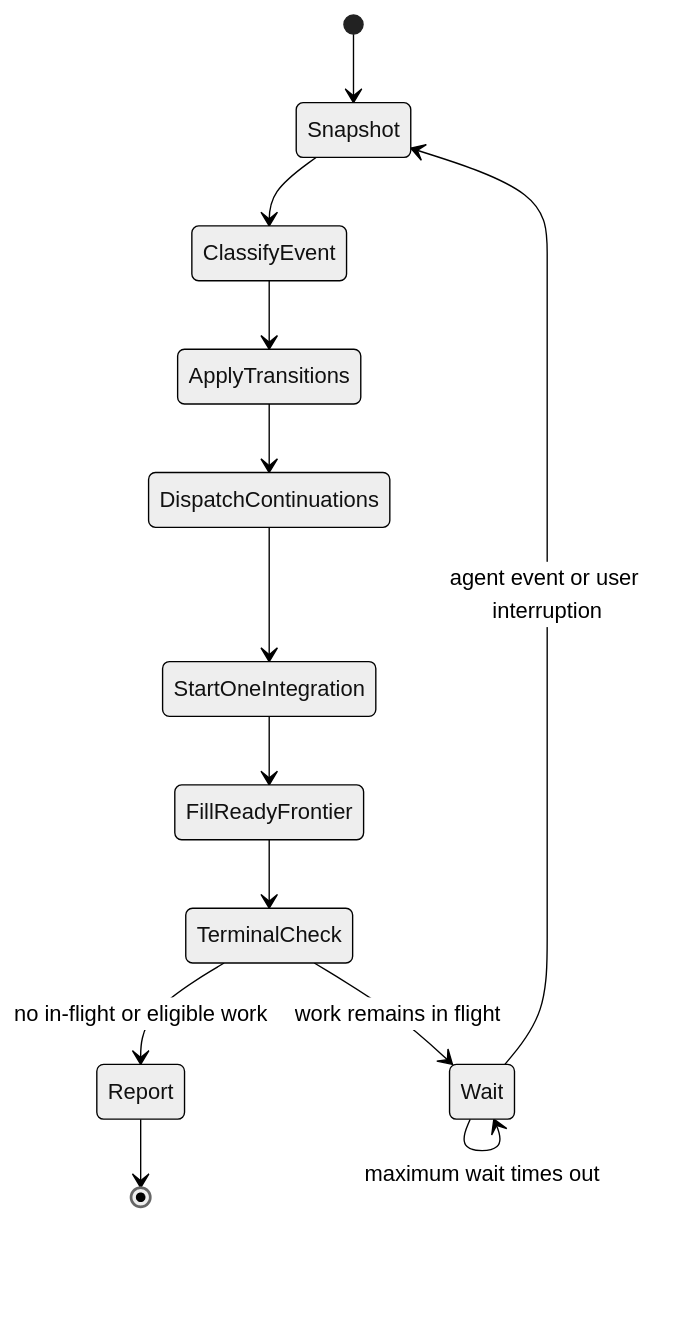
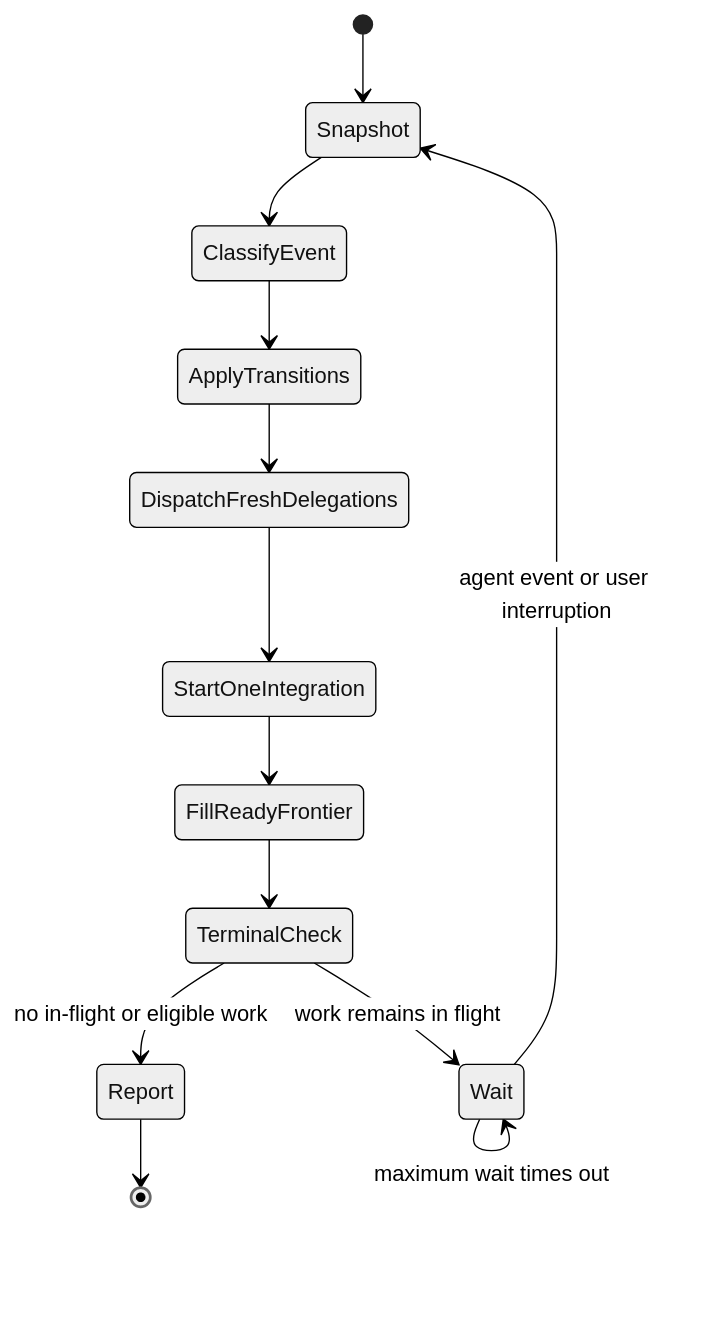
Before and after one commit to wiktor-jedski/skills: the first of 2 diagrams in phase-orchestrator/STATE_MACHINE.md, drawn with Mermaid (neutral theme). The commit also changed other lines of this file and 4 other files, not shown here.

````diff
--- a/phase-orchestrator/STATE_MACHINE.md
+++ b/phase-orchestrator/STATE_MACHINE.md
@@ -26,15 +26,15 @@
 ```mermaid
 stateDiagram-v2
     [*] --> Snapshot
     Snapshot --> ClassifyEvent
     ClassifyEvent --> ApplyTransitions
-    ApplyTransitions --> DispatchContinuations
-    DispatchContinuations --> StartOneIntegration
+    ApplyTransitions --> DispatchFreshDelegations
+    DispatchFreshDelegations --> StartOneIntegration
     StartOneIntegration --> FillReadyFrontier
     FillReadyFrontier --> TerminalCheck
     TerminalCheck --> Wait: work remains in flight
     TerminalCheck --> Report: no in-flight or eligible work
     Wait --> Snapshot: agent event or user interruption
     Wait --> Wait: maximum wait times out
     Report --> [*]
 ```
````
